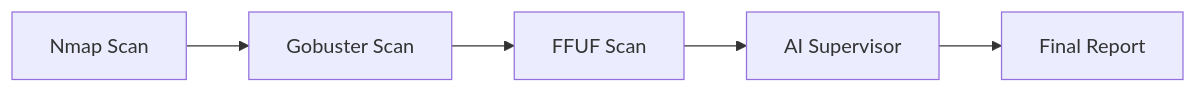
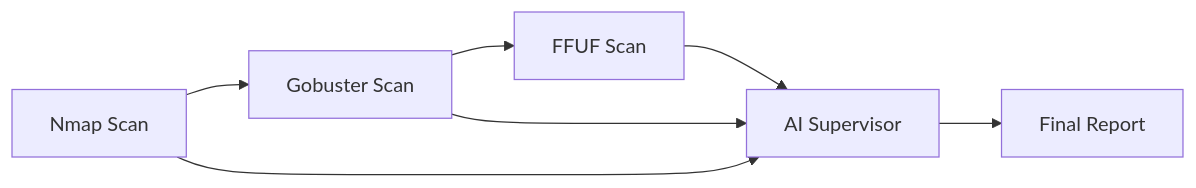
One commit to NitinReddy-A/HackOps_Recon changed the diagram in README.md. Above: the diagram before and after it, drawn with Mermaid.

````diff
--- a/README.md
+++ b/README.md
@@ -100,7 +100,9 @@
 ```mermaid
 graph LR
     A[Nmap Scan] --> B[Gobuster Scan]
     B -->C[FFUF Scan]
     C --> D[AI Supervisor]
+    B --> D
+    A --> D
     D --> E[Final Report]
 ```
````
